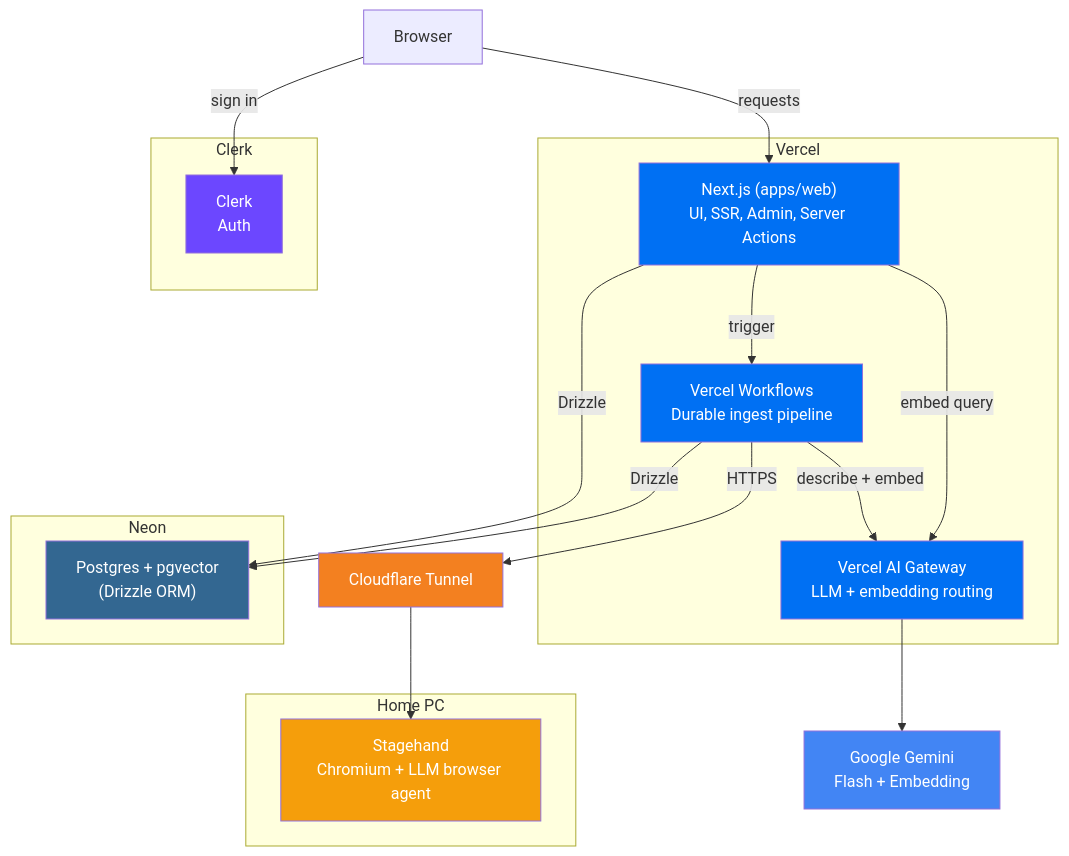
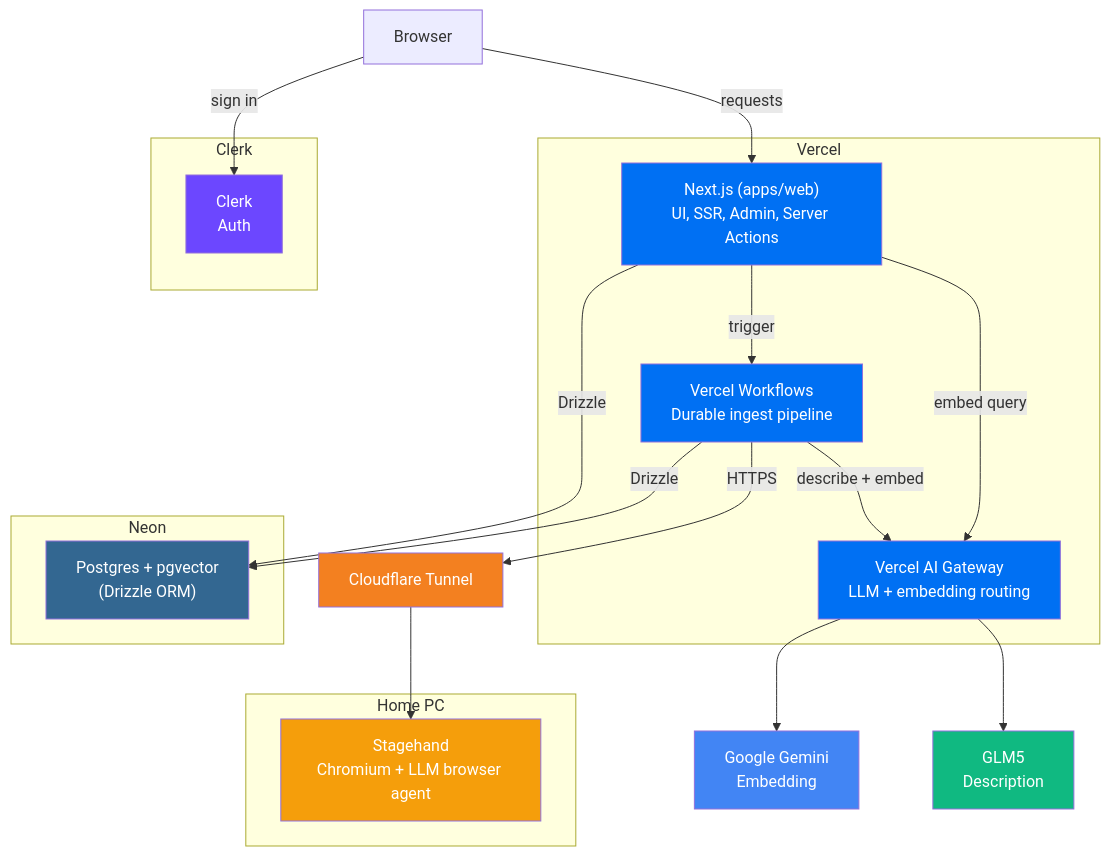
One commit to jagrat7/Shadpedia changed the first of 2 diagrams in README.md. Above: the diagram before and after it, drawn with Mermaid. The commit also changed other lines of this file and 21 other files, not shown here.

````diff
--- a/README.md
+++ b/README.md
@@ -72,45 +72,48 @@
 ```mermaid
 graph TD
     Browser["Browser"]
 
     subgraph Vercel
         Next["Next.js (apps/web)<br/>UI, SSR, Admin, Server Actions"]
         Workflow["Vercel Workflows<br/>Durable ingest pipeline"]
         Gateway["Vercel AI Gateway<br/>LLM + embedding routing"]
     end
 
     subgraph Clerk
         Auth["Clerk<br/>Auth"]
     end
 
     subgraph Neon
         Postgres["Postgres + pgvector<br/>(Drizzle ORM)"]
     end
 
     subgraph Home["Home PC"]
         Stagehand["Stagehand<br/>Chromium + LLM browser agent"]
     end
 
     Tunnel["Cloudflare Tunnel"]
-    Google["Google Gemini<br/>Flash + Embedding"]
+    Google["Google Gemini<br/>Embedding"]
+    GLM["GLM5<br/>Description"]
 
     Browser -->|requests| Next
     Browser -->|sign in| Auth
     Next -->|Drizzle| Postgres
     Next -->|trigger| Workflow
     Workflow -->|HTTPS| Tunnel
     Tunnel --> Stagehand
     Workflow -->|describe + embed| Gateway
     Workflow -->|Drizzle| Postgres
     Next -->|embed query| Gateway
     Gateway --> Google
+    Gateway --> GLM
 
     style Next fill:#0070f3,color:#fff
     style Workflow fill:#0070f3,color:#fff
     style Gateway fill:#0070f3,color:#fff
     style Postgres fill:#336791,color:#fff
     style Stagehand fill:#f59e0b,color:#fff
     style Tunnel fill:#f38020,color:#fff
     style Auth fill:#6c47ff,color:#fff
     style Google fill:#4285f4,color:#fff
+    style GLM fill:#10b981,color:#fff
 ```
````
